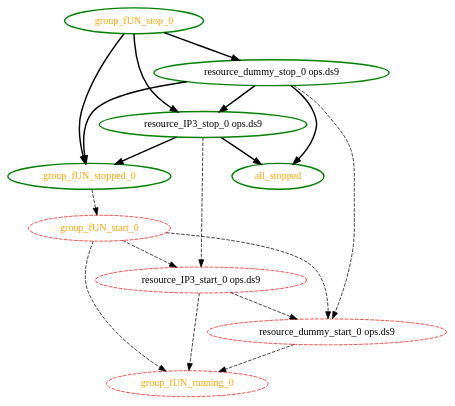
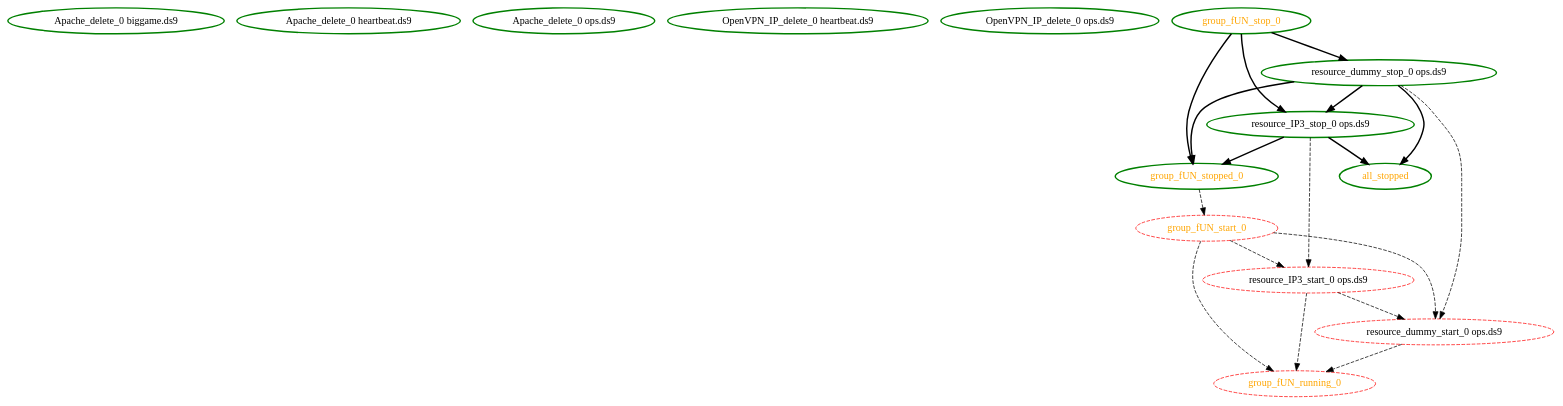
One commit to ClusterLabs/pacemaker changed the diagram in pengine/test10/bug-1718.dot. Above: the diagram before and after it, drawn with Graphviz. The commit also changed 40 other files, not shown here.

```diff
--- a/pengine/test10/bug-1718.dot
+++ b/pengine/test10/bug-1718.dot
@@ -1,28 +1,33 @@
 digraph "g" {
+"Apache_delete_0 biggame.ds9" [ style=bold color="green" fontcolor="black"]
+"Apache_delete_0 heartbeat.ds9" [ style=bold color="green" fontcolor="black"]
+"Apache_delete_0 ops.ds9" [ style=bold color="green" fontcolor="black"]
+"OpenVPN_IP_delete_0 heartbeat.ds9" [ style=bold color="green" fontcolor="black"]
+"OpenVPN_IP_delete_0 ops.ds9" [ style=bold color="green" fontcolor="black"]
 "all_stopped" [ style=bold color="green" fontcolor="orange" ]
 "group_fUN_running_0" [ style=dashed color="red" fontcolor="orange" ]
 "group_fUN_start_0" -> "group_fUN_running_0" [ style = dashed]
 "group_fUN_start_0" -> "resource_IP3_start_0 ops.ds9" [ style = dashed]
 "group_fUN_start_0" -> "resource_dummy_start_0 ops.ds9" [ style = dashed]
 "group_fUN_start_0" [ style=dashed color="red" fontcolor="orange" ]
 "group_fUN_stop_0" -> "group_fUN_stopped_0" [ style = bold]
 "group_fUN_stop_0" -> "resource_IP3_stop_0 ops.ds9" [ style = bold]
 "group_fUN_stop_0" -> "resource_dummy_stop_0 ops.ds9" [ style = bold]
 "group_fUN_stop_0" [ style=bold color="green" fontcolor="orange" ]
 "group_fUN_stopped_0" -> "group_fUN_start_0" [ style = dashed]
 "group_fUN_stopped_0" [ style=bold color="green" fontcolor="orange" ]
 "resource_IP3_start_0 ops.ds9" -> "group_fUN_running_0" [ style = dashed]
 "resource_IP3_start_0 ops.ds9" -> "resource_dummy_start_0 ops.ds9" [ style = dashed]
 "resource_IP3_start_0 ops.ds9" [ style=dashed color="red" fontcolor="black" ]
 "resource_IP3_stop_0 ops.ds9" -> "all_stopped" [ style = bold]
 "resource_IP3_stop_0 ops.ds9" -> "group_fUN_stopped_0" [ style = bold]
 "resource_IP3_stop_0 ops.ds9" -> "resource_IP3_start_0 ops.ds9" [ style = dashed]
 "resource_IP3_stop_0 ops.ds9" [ style=bold color="green" fontcolor="black" ]
 "resource_dummy_start_0 ops.ds9" -> "group_fUN_running_0" [ style = dashed]
 "resource_dummy_start_0 ops.ds9" [ style=dashed color="red" fontcolor="black" ]
 "resource_dummy_stop_0 ops.ds9" -> "all_stopped" [ style = bold]
 "resource_dummy_stop_0 ops.ds9" -> "group_fUN_stopped_0" [ style = bold]
 "resource_dummy_stop_0 ops.ds9" -> "resource_IP3_stop_0 ops.ds9" [ style = bold]
 "resource_dummy_stop_0 ops.ds9" -> "resource_dummy_start_0 ops.ds9" [ style = dashed]
 "resource_dummy_stop_0 ops.ds9" [ style=bold color="green" fontcolor="black" ]
 }
```
